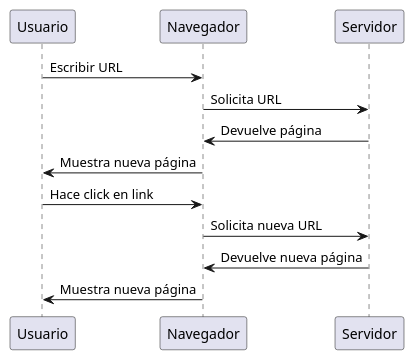
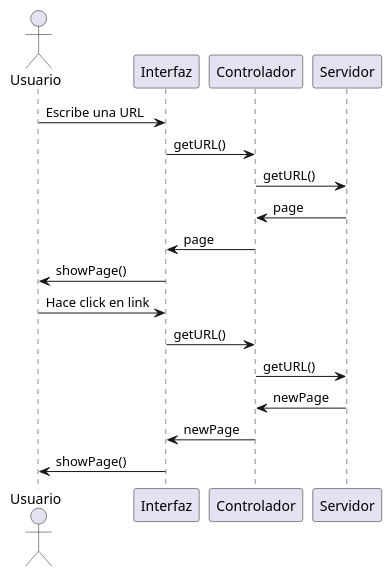
The first of 2 diagrams in templateAPP/input/chapters/02_arte.md (TFG-SGM/memoria), drawn with PlantUML before and after one commit. The commit also changed other lines of this file and 73 other files, not shown here.

````diff
--- a/templateAPP/input/chapters/02_arte.md
+++ b/templateAPP/input/chapters/02_arte.md
@@ -73,15 +94,22 @@
 ```{.plantuml #capitulo2:enrutado-servidor caption="Enrutado en el lado del servidor" frame=single}
 @startuml
-Usuario -> Navegador: Escribir URL
-Navegador -> Servidor: Solicita URL
+actor Usuario
 
-Servidor -> Navegador: Devuelve página
-Navegador -> Usuario: Muestra nueva página
+Usuario -> Interfaz: Escribe una URL
+Interfaz -> Controlador: getURL()
+Controlador -> Servidor: getURL()
 
-Usuario -> Navegador: Hace click en link
-Navegador -> Servidor: Solicita nueva URL
+Servidor -> Controlador: page
+Controlador -> Interfaz: page
+Interfaz -> Usuario: showPage()
 
-Servidor -> Navegador: Devuelve nueva página
-Navegador -> Usuario: Muestra nueva página
+Usuario -> Interfaz: Hace click en link
+Interfaz -> Controlador: getURL()
+Controlador -> Servidor: getURL()
+
+Servidor -> Controlador: newPage
+Controlador -> Interfaz: newPage
+Interfaz -> Usuario: showPage()
+
 @enduml
 ```
````
